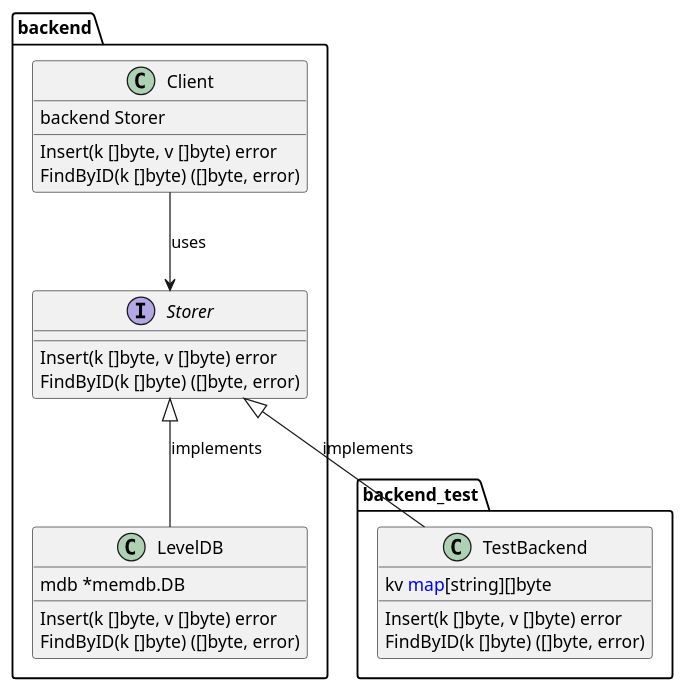
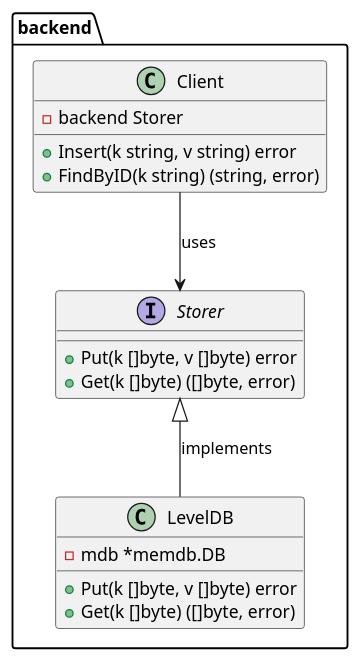
The diagram in doc/01-di.puml (chvois1/ioc-go), drawn with PlantUML before and after one commit. The commit also changed 17 other files, not shown here.

```diff
--- a/doc/01-di.puml
+++ b/doc/01-di.puml
@@ -1,32 +1,23 @@
 @startuml 01-di
 namespace backend {
-    class LevelDB {
-        mdb *memdb.DB
-        Insert(k []byte, v []byte) error
-        FindByID(k []byte) ([]byte, error)
-    }
-    class Client {
-        backend Storer
-        Insert(k []byte, v []byte) error
-        FindByID(k []byte) ([]byte, error)
+  class Client {
+    - backend Storer
+    + Insert(k string, v string) error
+    + FindByID(k string) (string, error)
 
-    }
-    interface Storer  {
-        Insert(k []byte, v []byte) error
-        FindByID(k []byte) ([]byte, error)
-
-    }
-}
-namespace backend_test {
-    class TestBackend  {
-        kv <font color=blue>map</font>[string][]byte
-        Insert(k []byte, v []byte) error
-        FindByID(k []byte) ([]byte, error)
-    }
+  }
+  class LevelDB {
+    - mdb *memdb.DB
+    + Put(k []byte, v []byte) error
+    + Get(k []byte) ([]byte, error)    
+  }
+  interface Storer  {
+    + Put(k []byte, v []byte) error
+    + Get(k []byte) ([]byte, error)
+  }
 }
 
 backend.Client --> backend.Storer : uses
 backend.Storer <|-- backend.LevelDB : implements
-backend.Storer <|-- backend_test.TestBackend : implements
 
 @enduml
```
